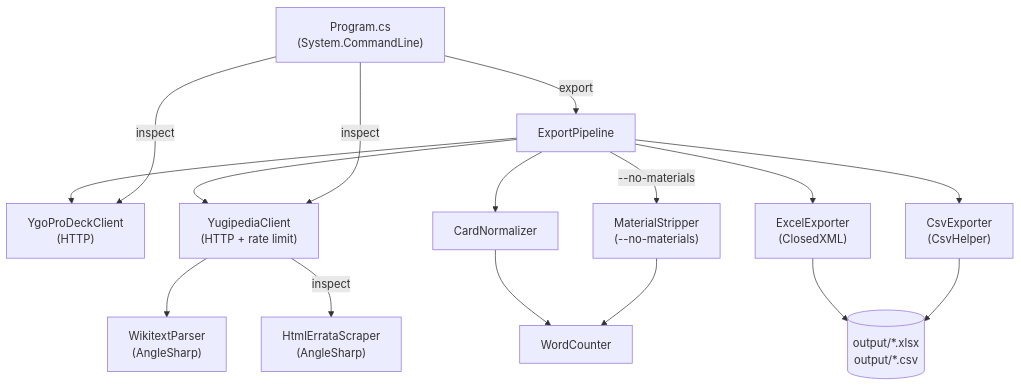
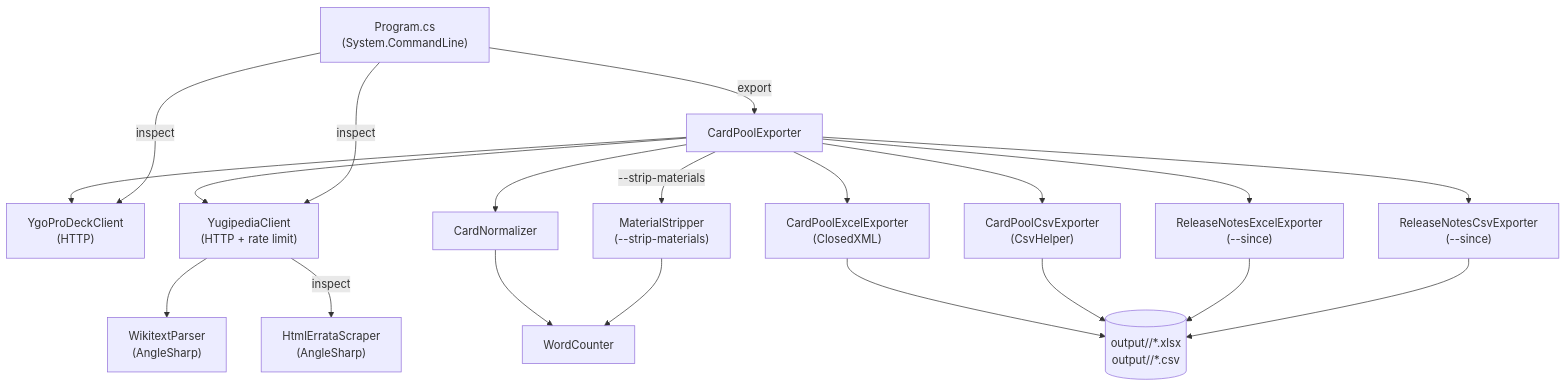
The diagram in README.md (piers-sinclair/cardpool), drawn with Mermaid before and after one commit. The commit also changed other lines of this file and 2 other files, not shown here.

````diff
--- a/README.md
+++ b/README.md
@@ -140,31 +145,37 @@
 ```mermaid
 flowchart TD
     CLI["Program.cs\n(System.CommandLine)"]
-    EP["ExportPipeline"]
+    EP["CardPoolExporter"]
     YGO["YgoProDeckClient\n(HTTP)"]
     YUG["YugipediaClient\n(HTTP + rate limit)"]
     CN["CardNormalizer"]
-    MS["MaterialStripper\n(--no-materials)"]
+    MS["MaterialStripper\n(--strip-materials)"]
     WC["WordCounter"]
     WTP["WikitextParser\n(AngleSharp)"]
-    XL["ExcelExporter\n(ClosedXML)"]
-    CSV["CsvExporter\n(CsvHelper)"]
-    OUT[("output/*.xlsx\noutput/*.csv")]
+    XL["CardPoolExcelExporter\n(ClosedXML)"]
+    CSV["CardPoolCsvExporter\n(CsvHelper)"]
+    RNX["ReleaseNotesExcelExporter\n(--since)"]
+    RNC["ReleaseNotesCsvExporter\n(--since)"]
+    OUT[("output/<date>/*.xlsx\noutput/<date>/*.csv")]
     HES["HtmlErrataScraper\n(AngleSharp)"]
 
     CLI -->|export| EP
     EP --> YGO
     EP --> YUG
     YUG --> WTP
     EP --> CN
     CN --> WC
-    EP -->|"--no-materials"| MS
+    EP -->|"--strip-materials"| MS
     MS --> WC
     EP --> XL
     EP --> CSV
+    EP --> RNX
+    EP --> RNC
     XL --> OUT
     CSV --> OUT
+    RNX --> OUT
+    RNC --> OUT
     CLI -->|inspect| YGO
     CLI -->|inspect| YUG
     YUG -->|inspect| HES
 ```
````
